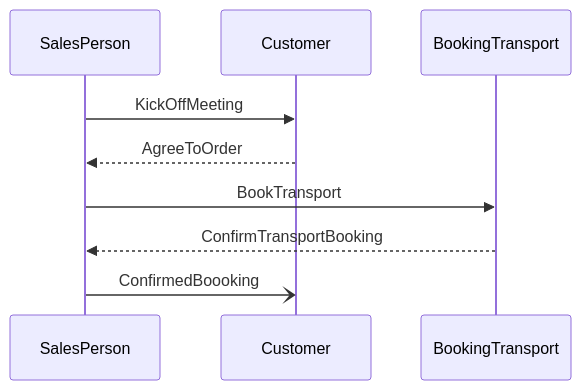
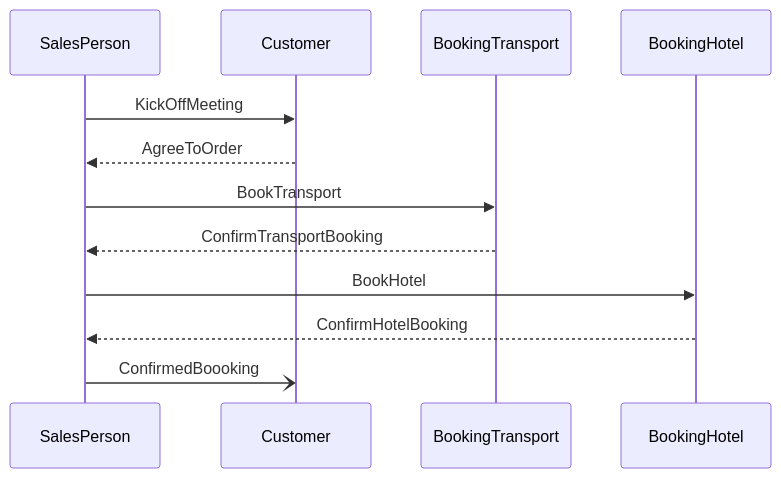
The first of 3 diagrams in docs/Readme.md (qmarsun/workflow), drawn with Mermaid before and after one commit.

````diff
--- a/docs/Readme.md
+++ b/docs/Readme.md
@@ -6,8 +6,10 @@
 ```mermaid
 sequenceDiagram
     SalesPerson->>Customer: KickOffMeeting
     Customer-->>SalesPerson: AgreeToOrder
     SalesPerson->>BookingTransport: BookTransport
     BookingTransport-->>SalesPerson: ConfirmTransportBooking
+    SalesPerson->>BookingHotel: BookHotel
+    BookingHotel-->>SalesPerson: ConfirmHotelBooking
     SalesPerson-)Customer: ConfirmedBoooking
  ```   
````
